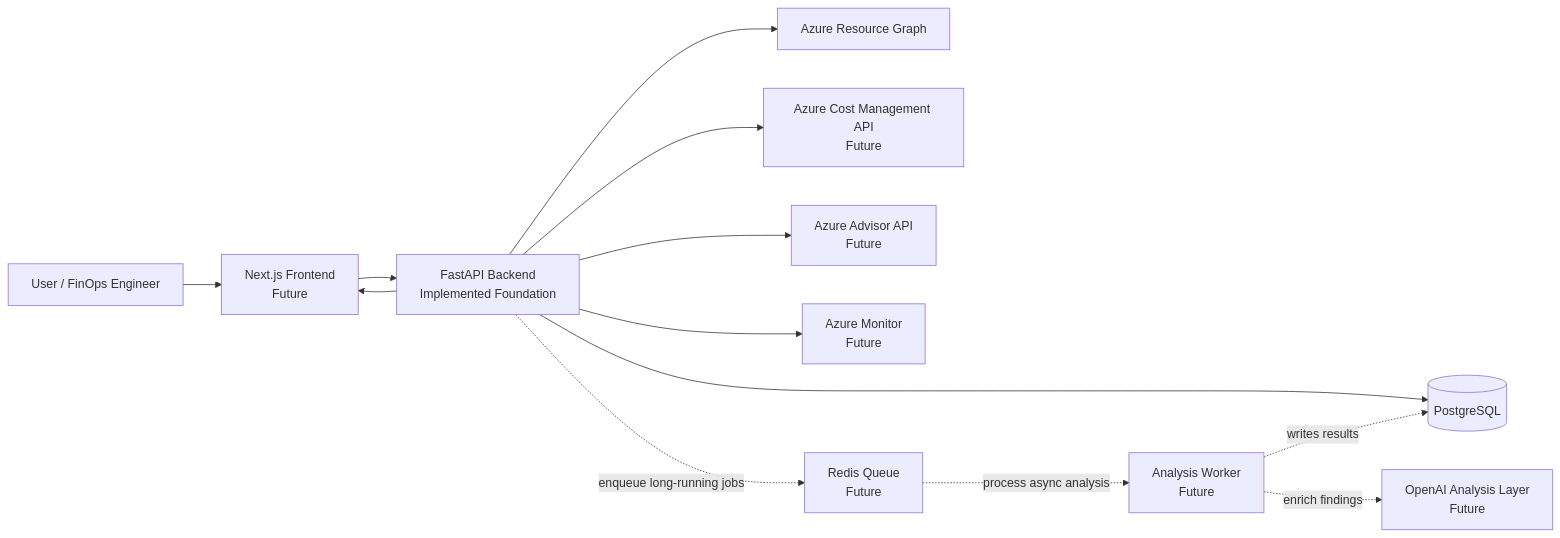
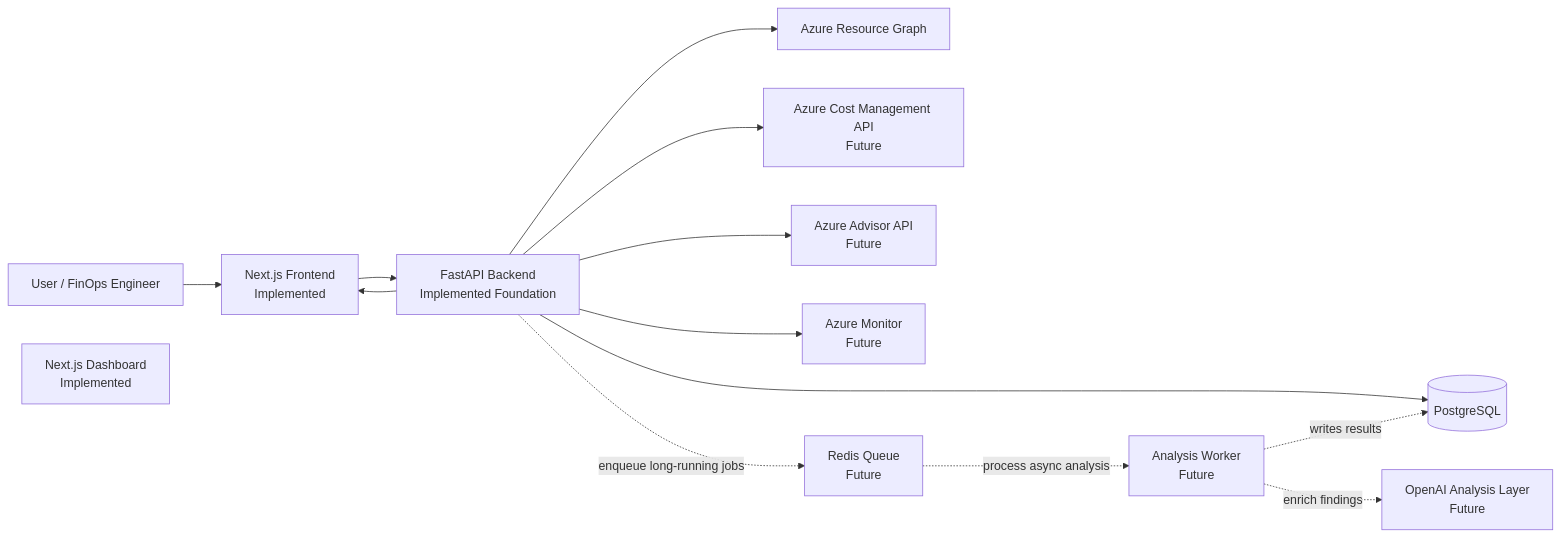
The first of 7 diagrams in docs/Architecture.md (manikantadakarapu/AI-Cloud-Cost-Detector), drawn with Mermaid before and after one commit. The commit also changed other lines of this file and 61 other files, not shown here.

````diff
--- a/docs/Architecture.md
+++ b/docs/Architecture.md
@@ -13,27 +15,28 @@
 ```mermaid
 flowchart LR
     User[User / FinOps Engineer]
-    Frontend[Next.js Frontend<br/>Future]
+    Frontend[Next.js Frontend<br/>Implemented]
     Backend[FastAPI Backend<br/>Implemented Foundation]
     Postgres[(PostgreSQL)]
     ResourceGraph[Azure Resource Graph]
     CostMgmt[Azure Cost Management API<br/>Future]
     Advisor[Azure Advisor API<br/>Future]
     Monitor[Azure Monitor<br/>Future]
+    UI[Next.js Dashboard<br/>Implemented]
     Redis[Redis Queue<br/>Future]
     Worker[Analysis Worker<br/>Future]
     OpenAI[OpenAI Analysis Layer<br/>Future]
 
     User --> Frontend
     Frontend --> Backend
     Backend --> Postgres
     Backend --> ResourceGraph
     Backend --> CostMgmt
     Backend --> Advisor
     Backend --> Monitor
     Backend -. enqueue long-running jobs .-> Redis
     Redis -. process async analysis .-> Worker
     Worker -. writes results .-> Postgres
     Worker -. enrich findings .-> OpenAI
     Backend --> Frontend
 ```
````
